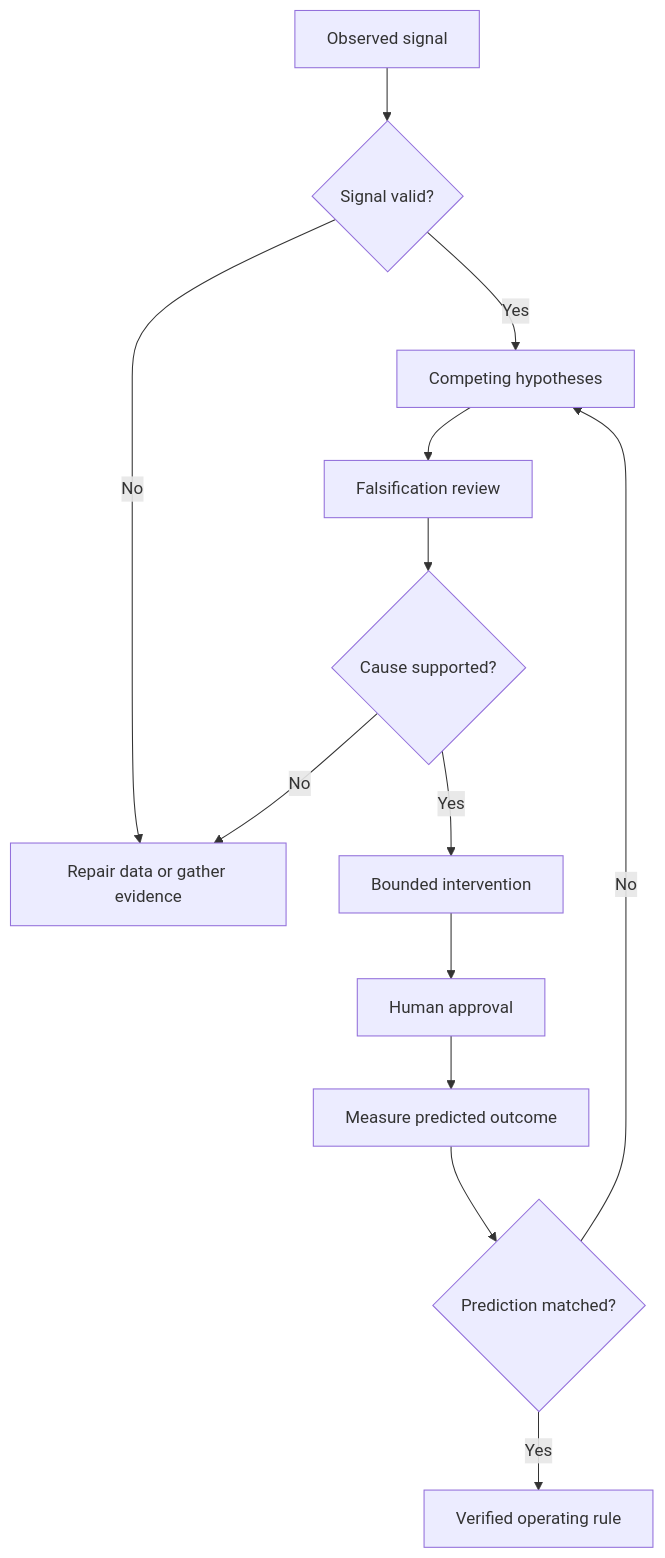
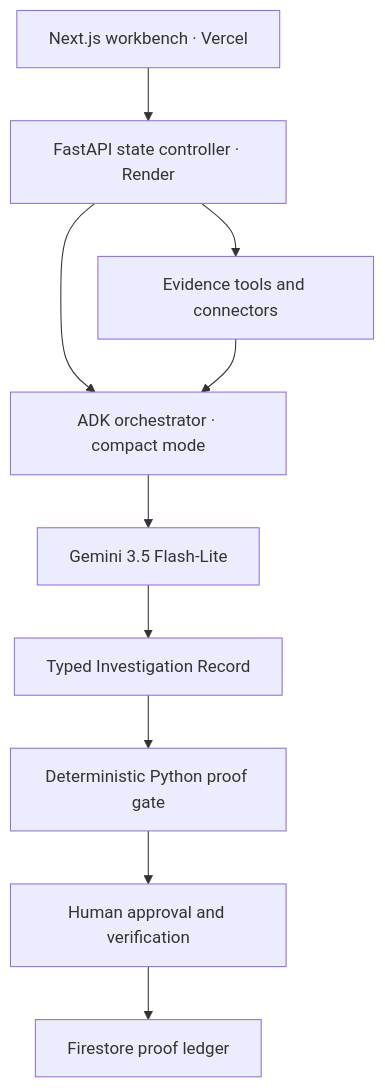
One commit to vivienk/proofloop changed the second of 2 diagrams in ARCHITECTURE.md. Above: the diagram before and after it, drawn with Mermaid. The commit also changed other lines of this file and 9 other files, not shown here.

Commit message:
Reconstruct ProofLoop decision architecture

````diff
--- a/ARCHITECTURE.md
+++ b/ARCHITECTURE.md
@@ -36,15 +31,12 @@
 ```mermaid
 flowchart TD
-    A["Observed signal"] --> B{"Signal valid?"}
-    B -- "No" --> C["Repair data or gather evidence"]
-    B -- "Yes" --> D["Competing hypotheses"]
-    D --> E["Falsification review"]
-    E --> F{"Cause supported?"}
-    F -- "No" --> C
-    F -- "Yes" --> G["Bounded intervention"]
-    G --> H["Human approval"]
-    H --> I["Measure predicted outcome"]
-    I --> J{"Prediction matched?"}
-    J -- "No" --> D
-    J -- "Yes" --> K["Verified operating rule"]
+    A["Next.js workbench · Vercel"] --> B["FastAPI state controller · Render"]
+    B --> C["ADK orchestrator · compact mode"]
+    C --> D["Gemini 3.5 Flash-Lite"]
+    B --> E["Evidence tools and connectors"]
+    E --> C
+    D --> F["Typed Investigation Record"]
+    F --> G["Deterministic Python proof gate"]
+    G --> H["Human approval and verification"]
+    H --> I["Firestore proof ledger"]
 ```
````
